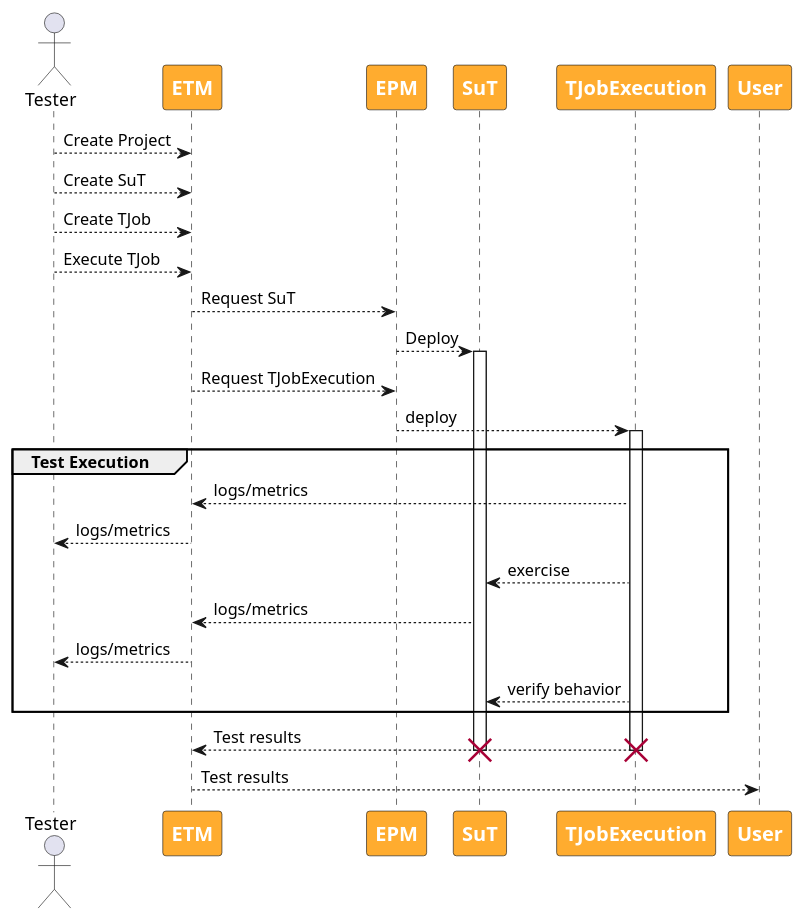
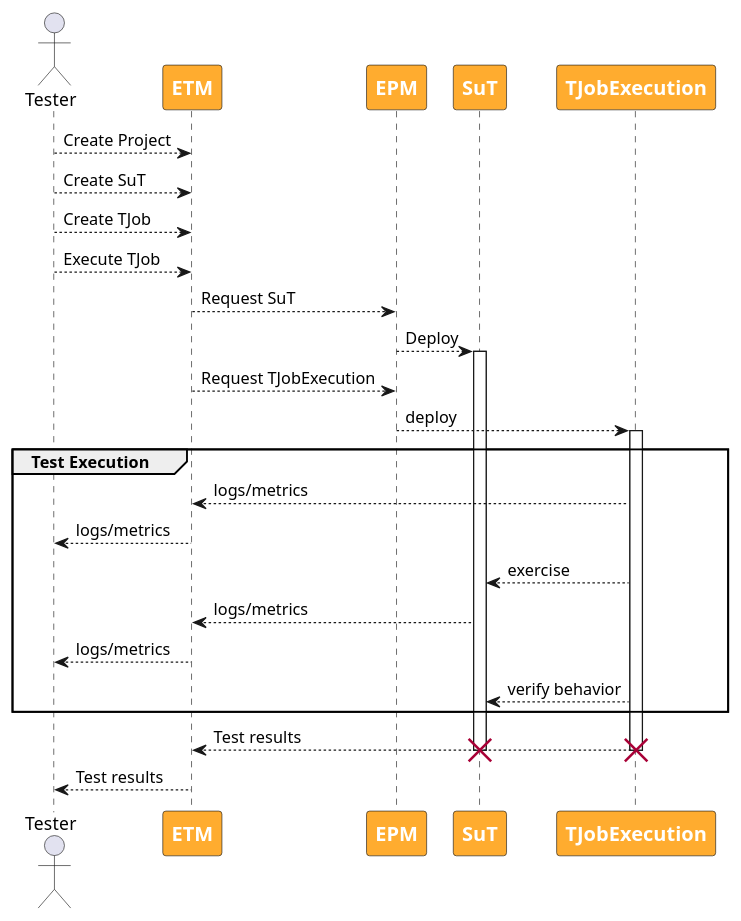
One commit to elastest/elastest.io-docs changed the diagram in UML/ETM/etm-sequence-tjob-execution-live.puml. Above: the diagram before and after it, drawn with PlantUML.

```diff
--- a/UML/ETM/etm-sequence-tjob-execution-live.puml
+++ b/UML/ETM/etm-sequence-tjob-execution-live.puml
@@ -1,53 +1,53 @@
 @startuml
 
 skinparam participant {
     FontSize 16
     FontStyle bold
     FontColor white
     BackgroundColor #ffac2f
     ArrowFontColor #333333
     ArrowThickness 2
 }
 
 ' Participants
 
 actor Tester
 participant ETM
 participant EPM
 participant SuT
 participant TJobExecution
 
 ' Relations
 
 Tester --> ETM: Create Project
 Tester --> ETM: Create SuT
 Tester --> ETM: Create TJob
 
 Tester --> ETM: Execute TJob
 ETM --> EPM: Request SuT
 EPM --> SuT: Deploy
 activate SuT
 
 ETM --> EPM: Request TJobExecution
 EPM --> TJobExecution: deploy
 activate TJobExecution
 
 group Test Execution
     TJobExecution --> ETM: logs/metrics
     ETM --> Tester: logs/metrics
     TJobExecution --> SuT: exercise
 
     SuT --> ETM: logs/metrics
     ETM --> Tester: logs/metrics
 
     TJobExecution --> SuT: verify behavior
 end
 
 TJobExecution --> ETM: Test results
 destroy TJobExecution
 destroy SuT
-ETM --> User: Test results
+ETM --> Tester: Test results
 
 
 
 @enduml
```
